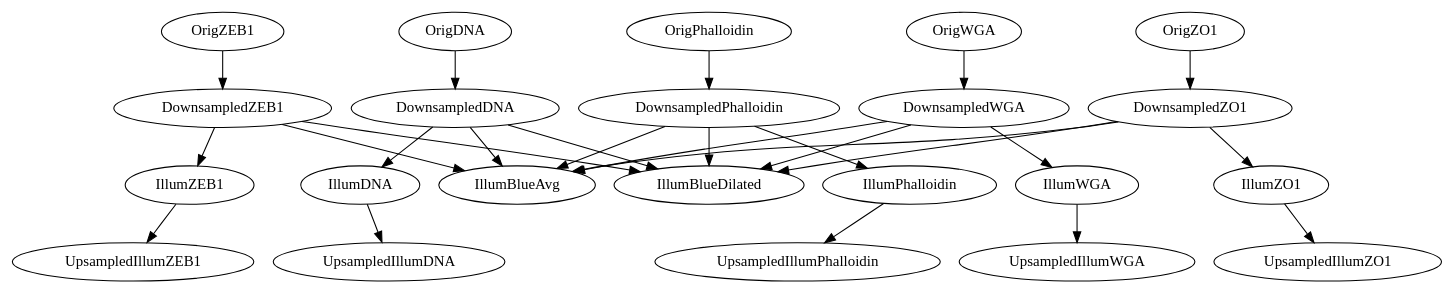
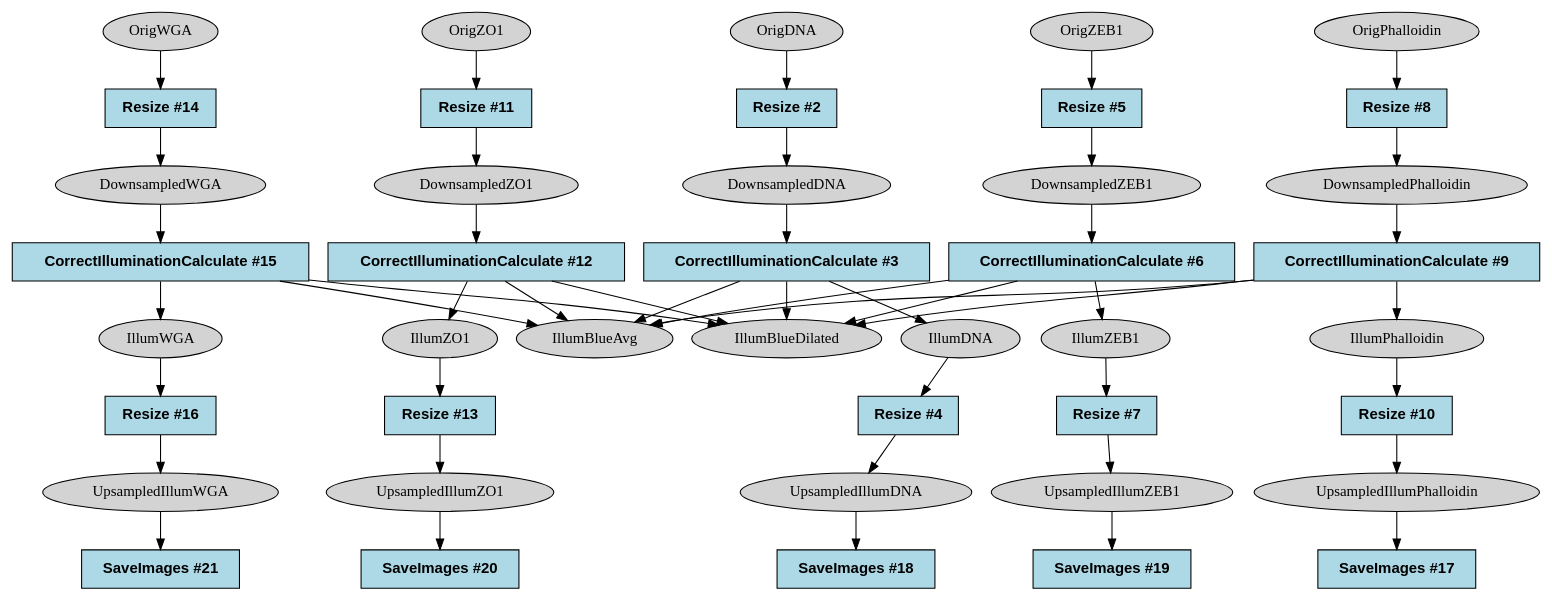
One commit to shntnu/cp_graph changed the diagram in 1_CP_Illum_graph.dot. Above: the diagram before and after it, drawn with Graphviz. The commit also changed 5 other files, not shown here.

```diff
--- a/1_CP_Illum_graph.dot
+++ b/1_CP_Illum_graph.dot
@@ -1,49 +1,89 @@
 strict digraph {
-OrigDNA [type=image];
-DownsampledDNA [type=image];
-IllumDNA [type=image];
-IllumBlueAvg [type=image];
-IllumBlueDilated [type=image];
-UpsampledIllumDNA [type=image];
-OrigZEB1 [type=image];
-DownsampledZEB1 [type=image];
-IllumZEB1 [type=image];
-UpsampledIllumZEB1 [type=image];
-OrigPhalloidin [type=image];
-DownsampledPhalloidin [type=image];
-IllumPhalloidin [type=image];
-UpsampledIllumPhalloidin [type=image];
-OrigZO1 [type=image];
-DownsampledZO1 [type=image];
-IllumZO1 [type=image];
-UpsampledIllumZO1 [type=image];
-OrigWGA [type=image];
-DownsampledWGA [type=image];
-IllumWGA [type=image];
-UpsampledIllumWGA [type=image];
-OrigDNA -> DownsampledDNA [module=Resize, module_num=2];
-DownsampledDNA -> IllumDNA [module=CorrectIlluminationCalculate, module_num=3];
-DownsampledDNA -> IllumBlueAvg [module=CorrectIlluminationCalculate, module_num=3];
-DownsampledDNA -> IllumBlueDilated [module=CorrectIlluminationCalculate, module_num=3];
-IllumDNA -> UpsampledIllumDNA [module=Resize, module_num=4];
-OrigZEB1 -> DownsampledZEB1 [module=Resize, module_num=5];
-DownsampledZEB1 -> IllumZEB1 [module=CorrectIlluminationCalculate, module_num=6];
-DownsampledZEB1 -> IllumBlueAvg [module=CorrectIlluminationCalculate, module_num=6];
-DownsampledZEB1 -> IllumBlueDilated [module=CorrectIlluminationCalculate, module_num=6];
-IllumZEB1 -> UpsampledIllumZEB1 [module=Resize, module_num=7];
-OrigPhalloidin -> DownsampledPhalloidin [module=Resize, module_num=8];
-DownsampledPhalloidin -> IllumPhalloidin [module=CorrectIlluminationCalculate, module_num=9];
-DownsampledPhalloidin -> IllumBlueAvg [module=CorrectIlluminationCalculate, module_num=9];
-DownsampledPhalloidin -> IllumBlueDilated [module=CorrectIlluminationCalculate, module_num=9];
-IllumPhalloidin -> UpsampledIllumPhalloidin [module=Resize, module_num=10];
-OrigZO1 -> DownsampledZO1 [module=Resize, module_num=11];
-DownsampledZO1 -> IllumZO1 [module=CorrectIlluminationCalculate, module_num=12];
-DownsampledZO1 -> IllumBlueAvg [module=CorrectIlluminationCalculate, module_num=12];
-DownsampledZO1 -> IllumBlueDilated [module=CorrectIlluminationCalculate, module_num=12];
-IllumZO1 -> UpsampledIllumZO1 [module=Resize, module_num=13];
-OrigWGA -> DownsampledWGA [module=Resize, module_num=14];
-DownsampledWGA -> IllumWGA [module=CorrectIlluminationCalculate, module_num=15];
-DownsampledWGA -> IllumBlueAvg [module=CorrectIlluminationCalculate, module_num=15];
-DownsampledWGA -> IllumBlueDilated [module=CorrectIlluminationCalculate, module_num=15];
-IllumWGA -> UpsampledIllumWGA [module=Resize, module_num=16];
+CorrectIlluminationCalculate_36ea93b [type=module, label="CorrectIlluminationCalculate #12", module_name=CorrectIlluminationCalculate, module_num=12, original_num=12, stable_id="CorrectIlluminationCalculate_36ea93b", enabled=True, shape=box, style=filled, fillcolor=lightblue, fontname="Helvetica-Bold"];
+CorrectIlluminationCalculate_6bb2959d [type=module, label="CorrectIlluminationCalculate #15", module_name=CorrectIlluminationCalculate, module_num=15, original_num=15, stable_id="CorrectIlluminationCalculate_6bb2959d", enabled=True, shape=box, style=filled, fillcolor=lightblue, fontname="Helvetica-Bold"];
+CorrectIlluminationCalculate_8cc3f2ba [type=module, label="CorrectIlluminationCalculate #3", module_name=CorrectIlluminationCalculate, module_num=3, original_num=3, stable_id="CorrectIlluminationCalculate_8cc3f2ba", enabled=True, shape=box, style=filled, fillcolor=lightblue, fontname="Helvetica-Bold"];
+CorrectIlluminationCalculate_eb36f7d0 [type=module, label="CorrectIlluminationCalculate #9", module_name=CorrectIlluminationCalculate, module_num=9, original_num=9, stable_id="CorrectIlluminationCalculate_eb36f7d0", enabled=True, shape=box, style=filled, fillcolor=lightblue, fontname="Helvetica-Bold"];
+CorrectIlluminationCalculate_ff87b10e [type=module, label="CorrectIlluminationCalculate #6", module_name=CorrectIlluminationCalculate, module_num=6, original_num=6, stable_id="CorrectIlluminationCalculate_ff87b10e", enabled=True, shape=box, style=filled, fillcolor=lightblue, fontname="Helvetica-Bold"];
+DownsampledDNA [type=image, shape=ellipse, style=filled, fillcolor=lightgray];
+DownsampledPhalloidin [type=image, shape=ellipse, style=filled, fillcolor=lightgray];
+DownsampledWGA [type=image, shape=ellipse, style=filled, fillcolor=lightgray];
+DownsampledZEB1 [type=image, shape=ellipse, style=filled, fillcolor=lightgray];
+DownsampledZO1 [type=image, shape=ellipse, style=filled, fillcolor=lightgray];
+IllumBlueAvg [type=image, shape=ellipse, style=filled, fillcolor=lightgray];
+IllumBlueDilated [type=image, shape=ellipse, style=filled, fillcolor=lightgray];
+IllumDNA [type=image, shape=ellipse, style=filled, fillcolor=lightgray];
+IllumPhalloidin [type=image, shape=ellipse, style=filled, fillcolor=lightgray];
+IllumWGA [type=image, shape=ellipse, style=filled, fillcolor=lightgray];
+IllumZEB1 [type=image, shape=ellipse, style=filled, fillcolor=lightgray];
+IllumZO1 [type=image, shape=ellipse, style=filled, fillcolor=lightgray];
+OrigDNA [type=image, shape=ellipse, style=filled, fillcolor=lightgray];
+OrigPhalloidin [type=image, shape=ellipse, style=filled, fillcolor=lightgray];
+OrigWGA [type=image, shape=ellipse, style=filled, fillcolor=lightgray];
+OrigZEB1 [type=image, shape=ellipse, style=filled, fillcolor=lightgray];
+OrigZO1 [type=image, shape=ellipse, style=filled, fillcolor=lightgray];
+Resize_25c37d14 [type=module, label="Resize #4", module_name=Resize, module_num=4, original_num=4, stable_id="Resize_25c37d14", enabled=True, shape=box, style=filled, fillcolor=lightblue, fontname="Helvetica-Bold"];
+Resize_2fc06baf [type=module, label="Resize #8", module_name=Resize, module_num=8, original_num=8, stable_id="Resize_2fc06baf", enabled=True, shape=box, style=filled, fillcolor=lightblue, fontname="Helvetica-Bold"];
+Resize_4f94fc1a [type=module, label="Resize #14", module_name=Resize, module_num=14, original_num=14, stable_id="Resize_4f94fc1a", enabled=True, shape=box, style=filled, fillcolor=lightblue, fontname="Helvetica-Bold"];
+Resize_537c00f8 [type=module, label="Resize #10", module_name=Resize, module_num=10, original_num=10, stable_id="Resize_537c00f8", enabled=True, shape=box, style=filled, fillcolor=lightblue, fontname="Helvetica-Bold"];
+Resize_5da365e6 [type=module, label="Resize #2", module_name=Resize, module_num=2, original_num=2, stable_id="Resize_5da365e6", enabled=True, shape=box, style=filled, fillcolor=lightblue, fontname="Helvetica-Bold"];
+Resize_a95a436b [type=module, label="Resize #16", module_name=Resize, module_num=16, original_num=16, stable_id="Resize_a95a436b", enabled=True, shape=box, style=filled, fillcolor=lightblue, fontname="Helvetica-Bold"];
+Resize_bbb335aa [type=module, label="Resize #5", module_name=Resize, module_num=5, original_num=5, stable_id="Resize_bbb335aa", enabled=True, shape=box, style=filled, fillcolor=lightblue, fontname="Helvetica-Bold"];
+Resize_dff4f9ad [type=module, label="Resize #13", module_name=Resize, module_num=13, original_num=13, stable_id="Resize_dff4f9ad", enabled=True, shape=box, style=filled, fillcolor=lightblue, fontname="Helvetica-Bold"];
+Resize_e81797d3 [type=module, label="Resize #11", module_name=Resize, module_num=11, original_num=11, stable_id="Resize_e81797d3", enabled=True, shape=box, style=filled, fillcolor=lightblue, fontname="Helvetica-Bold"];
+Resize_f2b61e44 [type=module, label="Resize #7", module_name=Resize, module_num=7, original_num=7, stable_id="Resize_f2b61e44", enabled=True, shape=box, style=filled, fillcolor=lightblue, fontname="Helvetica-Bold"];
+SaveImages_354b7967 [type=module, label="SaveImages #17", module_name=SaveImages, module_num=17, original_num=17, stable_id="SaveImages_354b7967", enabled=True, shape=box, style=filled, fillcolor=lightblue, fontname="Helvetica-Bold"];
+SaveImages_57a9355a [type=module, label="SaveImages #18", module_name=SaveImages, module_num=18, original_num=18, stable_id="SaveImages_57a9355a", enabled=True, shape=box, style=filled, fillcolor=lightblue, fontname="Helvetica-Bold"];
+SaveImages_9c790512 [type=module, label="SaveImages #20", module_name=SaveImages, module_num=20, original_num=20, stable_id="SaveImages_9c790512", enabled=True, shape=box, style=filled, fillcolor=lightblue, fontname="Helvetica-Bold"];
+SaveImages_cd6bc89 [type=module, label="SaveImages #19", module_name=SaveImages, module_num=19, original_num=19, stable_id="SaveImages_cd6bc89", enabled=True, shape=box, style=filled, fillcolor=lightblue, fontname="Helvetica-Bold"];
+SaveImages_d17c3b0c [type=module, label="SaveImages #21", module_name=SaveImages, module_num=21, original_num=21, stable_id="SaveImages_d17c3b0c", enabled=True, shape=box, style=filled, fillcolor=lightblue, fontname="Helvetica-Bold"];
+UpsampledIllumDNA [type=image, shape=ellipse, style=filled, fillcolor=lightgray];
+UpsampledIllumPhalloidin [type=image, shape=ellipse, style=filled, fillcolor=lightgray];
+UpsampledIllumWGA [type=image, shape=ellipse, style=filled, fillcolor=lightgray];
+UpsampledIllumZEB1 [type=image, shape=ellipse, style=filled, fillcolor=lightgray];
+UpsampledIllumZO1 [type=image, shape=ellipse, style=filled, fillcolor=lightgray];
+CorrectIlluminationCalculate_36ea93b -> IllumBlueAvg [type=output];
+CorrectIlluminationCalculate_36ea93b -> IllumBlueDilated [type=output];
+CorrectIlluminationCalculate_36ea93b -> IllumZO1 [type=output];
+CorrectIlluminationCalculate_6bb2959d -> IllumBlueAvg [type=output];
+CorrectIlluminationCalculate_6bb2959d -> IllumBlueDilated [type=output];
+CorrectIlluminationCalculate_6bb2959d -> IllumWGA [type=output];
+CorrectIlluminationCalculate_8cc3f2ba -> IllumBlueAvg [type=output];
+CorrectIlluminationCalculate_8cc3f2ba -> IllumBlueDilated [type=output];
+CorrectIlluminationCalculate_8cc3f2ba -> IllumDNA [type=output];
+CorrectIlluminationCalculate_eb36f7d0 -> IllumBlueAvg [type=output];
+CorrectIlluminationCalculate_eb36f7d0 -> IllumBlueDilated [type=output];
+CorrectIlluminationCalculate_eb36f7d0 -> IllumPhalloidin [type=output];
+CorrectIlluminationCalculate_ff87b10e -> IllumBlueAvg [type=output];
+CorrectIlluminationCalculate_ff87b10e -> IllumBlueDilated [type=output];
+CorrectIlluminationCalculate_ff87b10e -> IllumZEB1 [type=output];
+DownsampledDNA -> CorrectIlluminationCalculate_8cc3f2ba [type=input];
+DownsampledPhalloidin -> CorrectIlluminationCalculate_eb36f7d0 [type=input];
+DownsampledWGA -> CorrectIlluminationCalculate_6bb2959d [type=input];
+DownsampledZEB1 -> CorrectIlluminationCalculate_ff87b10e [type=input];
+DownsampledZO1 -> CorrectIlluminationCalculate_36ea93b [type=input];
+IllumDNA -> Resize_25c37d14 [type=input];
+IllumPhalloidin -> Resize_537c00f8 [type=input];
+IllumWGA -> Resize_a95a436b [type=input];
+IllumZEB1 -> Resize_f2b61e44 [type=input];
+IllumZO1 -> Resize_dff4f9ad [type=input];
+OrigDNA -> Resize_5da365e6 [type=input];
+OrigPhalloidin -> Resize_2fc06baf [type=input];
+OrigWGA -> Resize_4f94fc1a [type=input];
+OrigZEB1 -> Resize_bbb335aa [type=input];
+OrigZO1 -> Resize_e81797d3 [type=input];
+Resize_25c37d14 -> UpsampledIllumDNA [type=output];
+Resize_2fc06baf -> DownsampledPhalloidin [type=output];
+Resize_4f94fc1a -> DownsampledWGA [type=output];
+Resize_537c00f8 -> UpsampledIllumPhalloidin [type=output];
+Resize_5da365e6 -> DownsampledDNA [type=output];
+Resize_a95a436b -> UpsampledIllumWGA [type=output];
+Resize_bbb335aa -> DownsampledZEB1 [type=output];
+Resize_dff4f9ad -> UpsampledIllumZO1 [type=output];
+Resize_e81797d3 -> DownsampledZO1 [type=output];
+Resize_f2b61e44 -> UpsampledIllumZEB1 [type=output];
+UpsampledIllumDNA -> SaveImages_57a9355a [type=input];
+UpsampledIllumPhalloidin -> SaveImages_354b7967 [type=input];
+UpsampledIllumWGA -> SaveImages_d17c3b0c [type=input];
+UpsampledIllumZEB1 -> SaveImages_cd6bc89 [type=input];
+UpsampledIllumZO1 -> SaveImages_9c790512 [type=input];
 }
```
